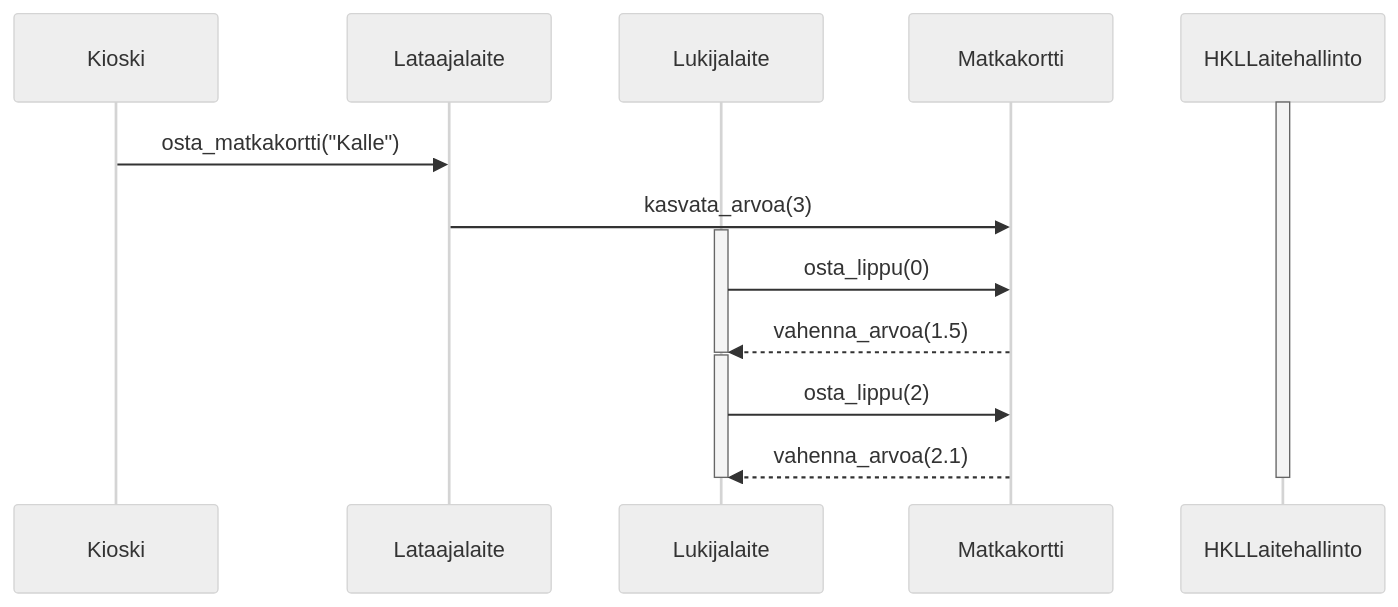
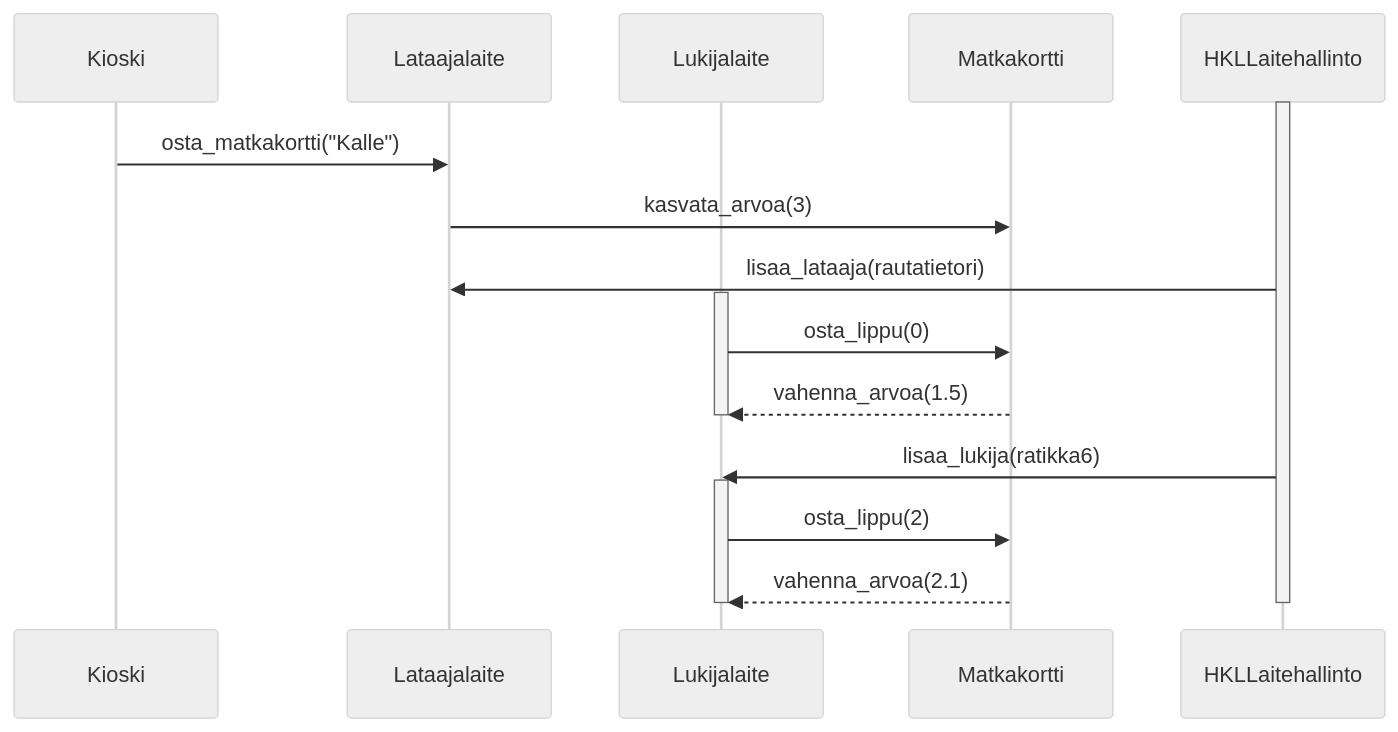
The diagram in laskarit/viikko3/hsl_sekvenssikaavio.md (hcaatu/ot-harjoitustyo), drawn with Mermaid (neutral theme) before and after one commit.

Commit message:
sekvenssikaavio

````diff
--- a/laskarit/viikko3/hsl_sekvenssikaavio.md
+++ b/laskarit/viikko3/hsl_sekvenssikaavio.md
@@ -4,25 +4,29 @@
 ```mermaid
 sequenceDiagram
     participant Kioski
     participant Lataajalaite
     participant Lukijalaite
     participant Matkakortti
     participant HKLLaitehallinto
 
     activate HKLLaitehallinto
 
     Kioski ->> Lataajalaite: osta_matkakortti("Kalle")
     Lataajalaite ->> Matkakortti: kasvata_arvoa(3)
 
+    HKLLaitehallinto ->> Lataajalaite: lisaa_lataaja(rautatietori)
+
     activate Lukijalaite
     Lukijalaite ->> Matkakortti: osta_lippu(0)
     Matkakortti -->> Lukijalaite: vahenna_arvoa(1.5)
     deactivate Lukijalaite
+
+    HKLLaitehallinto ->> Lukijalaite: lisaa_lukija(ratikka6)
 
     activate Lukijalaite
     Lukijalaite ->> Matkakortti: osta_lippu(2)
     Matkakortti -->> Lukijalaite: vahenna_arvoa(2.1)
     deactivate Lukijalaite
 
     deactivate HKLLaitehallinto
 ```
````
